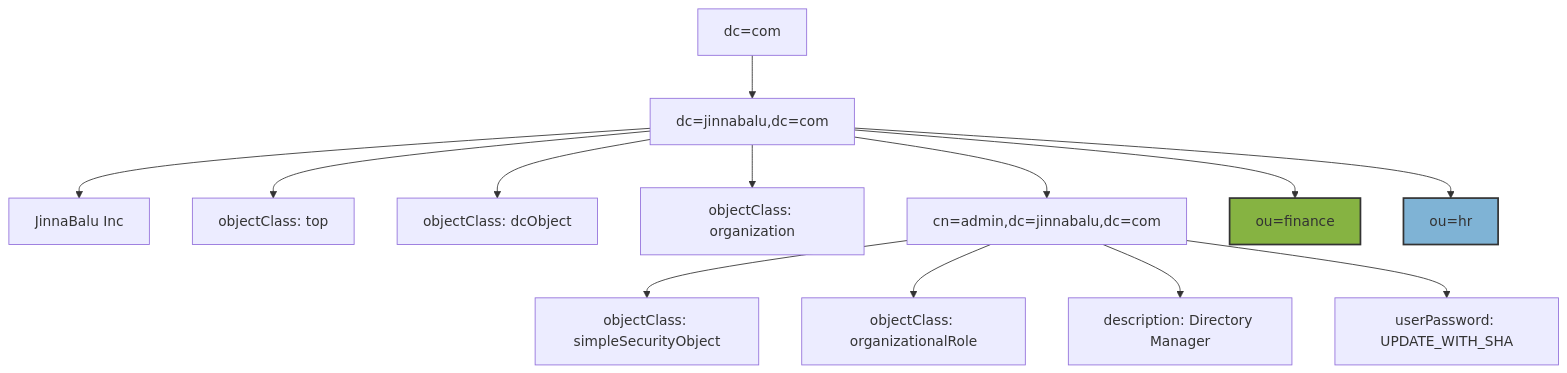
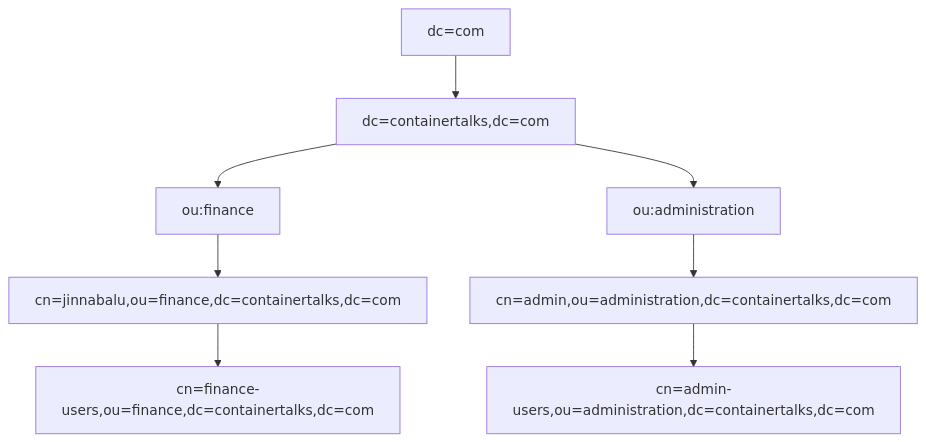
Before and after one commit to jinnabaalu/openldap-tutorial: the fifth of 5 diagrams in 3.2.LDAPOperations.md, drawn with Mermaid. The commit also changed other lines of this file and 5 other files, not shown here.

````diff
--- a/3.2.LDAPOperations.md
+++ b/3.2.LDAPOperations.md
@@ -59,18 +129,10 @@
-```mermaid 
-graph TD
-    root[dc=com]
-    root --> jinnabalu[dc=jinnabalu,dc=com]
-    jinnabalu --> o[JinnaBalu Inc]
-    jinnabalu --> oc1[objectClass: top]
-    jinnabalu --> oc2[objectClass: dcObject]
-    jinnabalu --> oc3[objectClass: organization]
-    jinnabalu --> admin[cn=admin,dc=jinnabalu,dc=com]
-    admin --> oc4[objectClass: simpleSecurityObject]
-    admin --> oc5[objectClass: organizationalRole]
-    admin --> desc[description: Directory Manager]
-    admin --> pwd[userPassword: UPDATE_WITH_SHA]
-    jinnabalu --> finance[ou=finance]
-    jinnabalu --> hr[ou=hr]
-    style finance fill:#86B342,stroke:#333,stroke-width:2px;
-    style hr fill:#7FB3D5,stroke:#333,stroke-width:2px;
+```mermaid
+flowchart TD
+    A[dc=com] --> B[dc=containertalks,dc=com]
+    B --> C[ou:finance]
+    B --> D[ou:administration]
+    C --> E[cn=jinnabalu,ou=finance,dc=containertalks,dc=com]
+    D --> F[cn=admin,ou=administration,dc=containertalks,dc=com]
+    E --> G[cn=finance-users,ou=finance,dc=containertalks,dc=com]
+    F --> H[cn=admin-users,ou=administration,dc=containertalks,dc=com]
 ```
````
